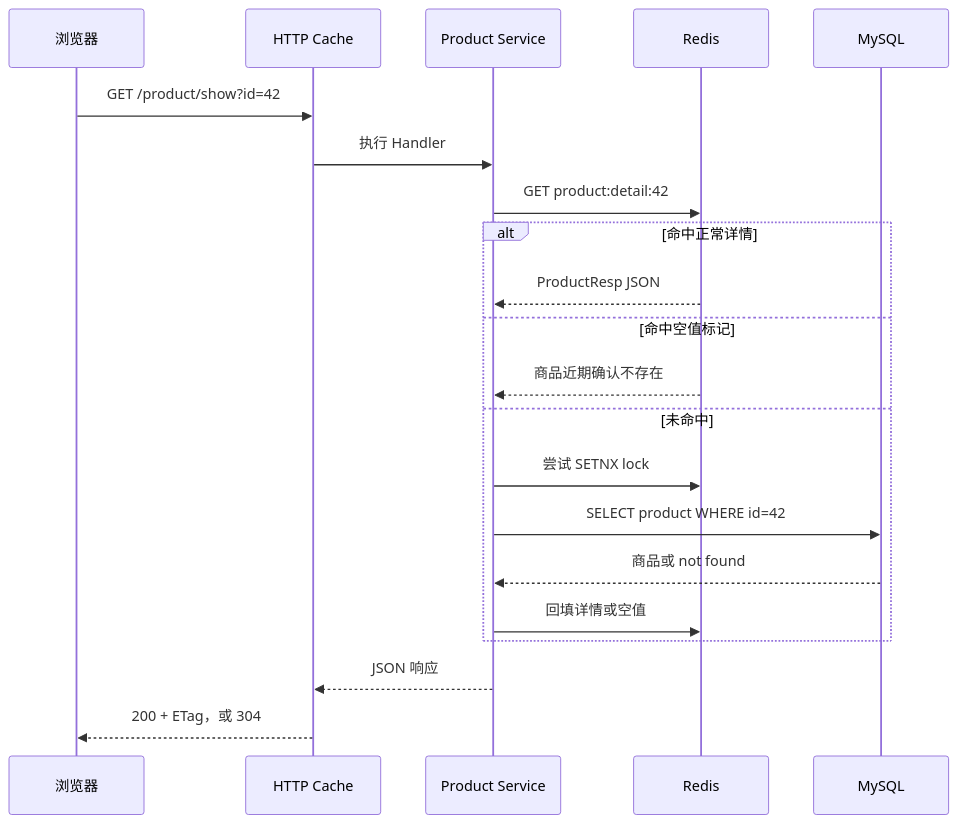
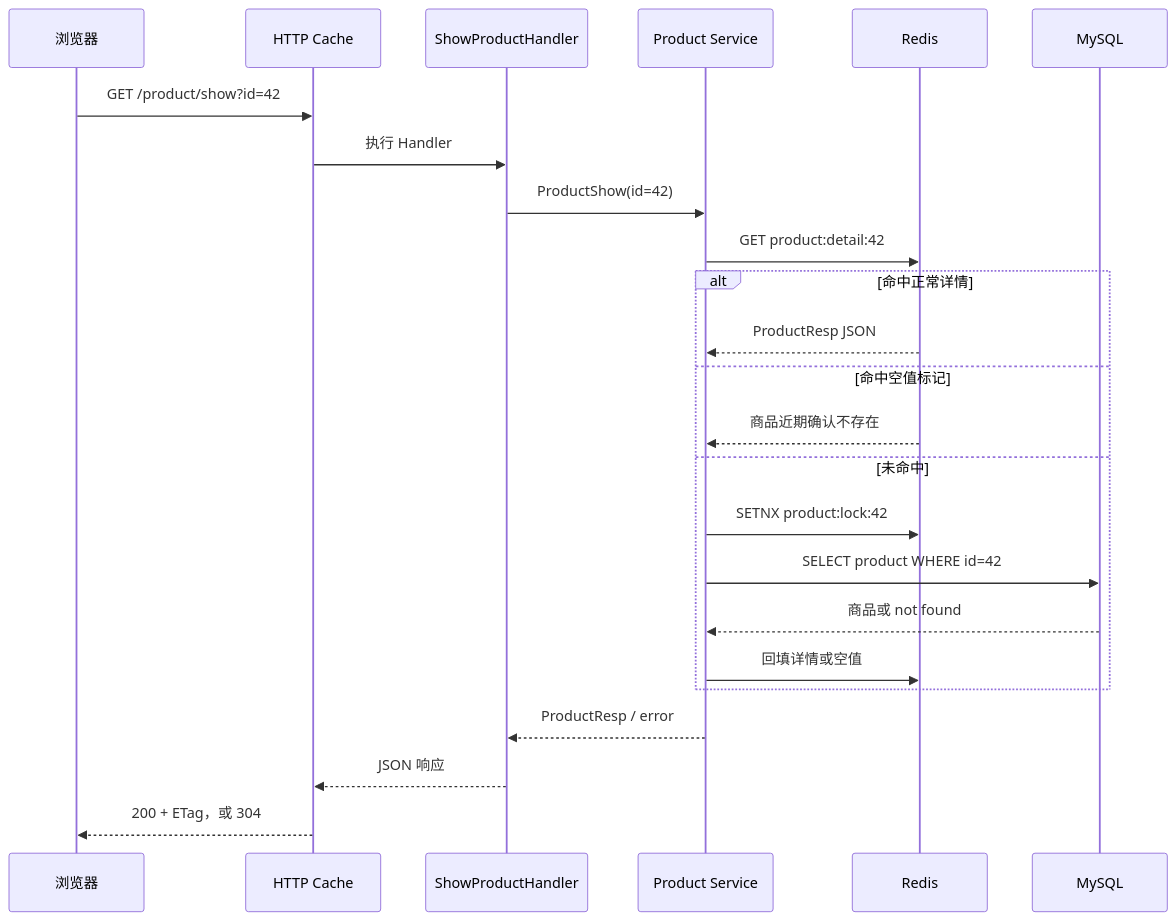
One commit to RedInn7/gomall changed the second of 3 diagrams in docs/lecture/02-product-display.md. Above: the diagram before and after it, drawn with Mermaid. The commit also changed other lines of this file, not shown here.

````diff
--- a/docs/lecture/02-product-display.md
+++ b/docs/lecture/02-product-display.md
@@ -193,24 +170,27 @@
 ```mermaid
 sequenceDiagram
     participant B as 浏览器
     participant H as HTTP Cache
+    participant P as ShowProductHandler
     participant S as Product Service
     participant R as Redis
     participant D as MySQL
 
     B->>H: GET /product/show?id=42
-    H->>S: 执行 Handler
+    H->>P: 执行 Handler
+    P->>S: ProductShow(id=42)
     S->>R: GET product:detail:42
     alt 命中正常详情
         R-->>S: ProductResp JSON
     else 命中空值标记
         R-->>S: 商品近期确认不存在
     else 未命中
-        S->>R: 尝试 SETNX lock
+        S->>R: SETNX product:lock:42
         S->>D: SELECT product WHERE id=42
         D-->>S: 商品或 not found
         S->>R: 回填详情或空值
     end
-    S-->>H: JSON 响应
+    S-->>P: ProductResp / error
+    P-->>H: JSON 响应
     H-->>B: 200 + ETag，或 304
 ```
````
